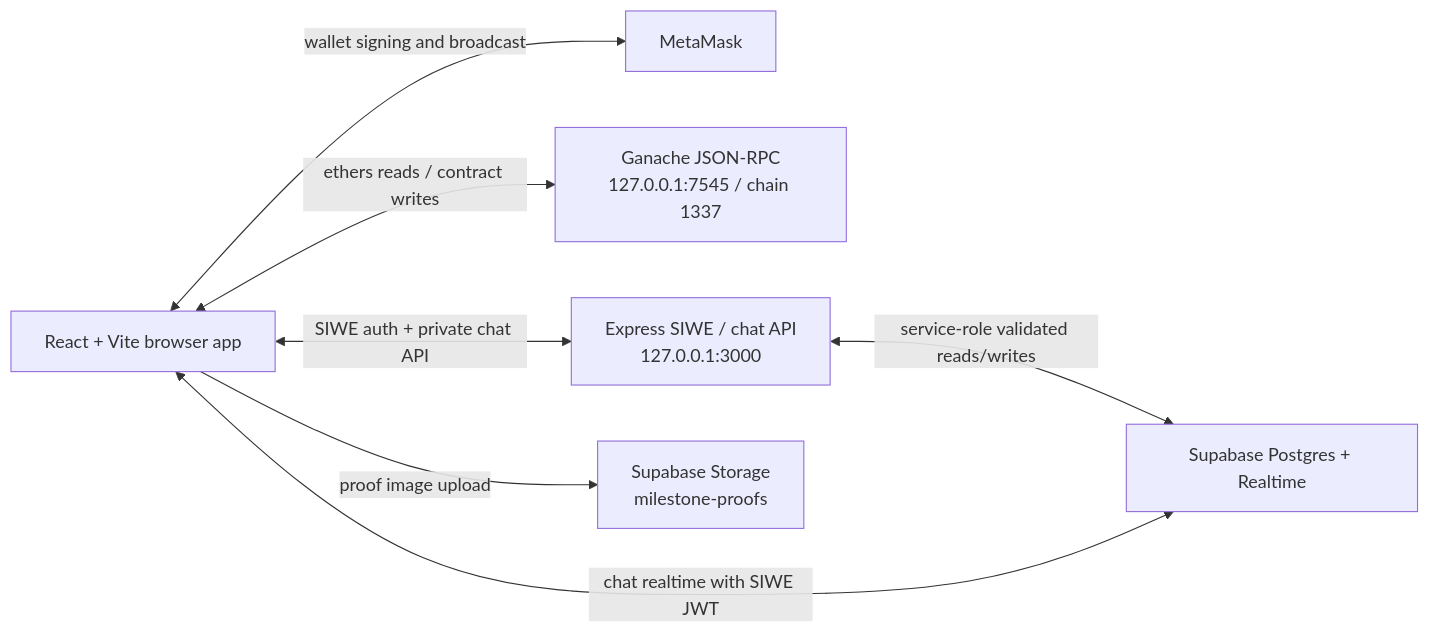
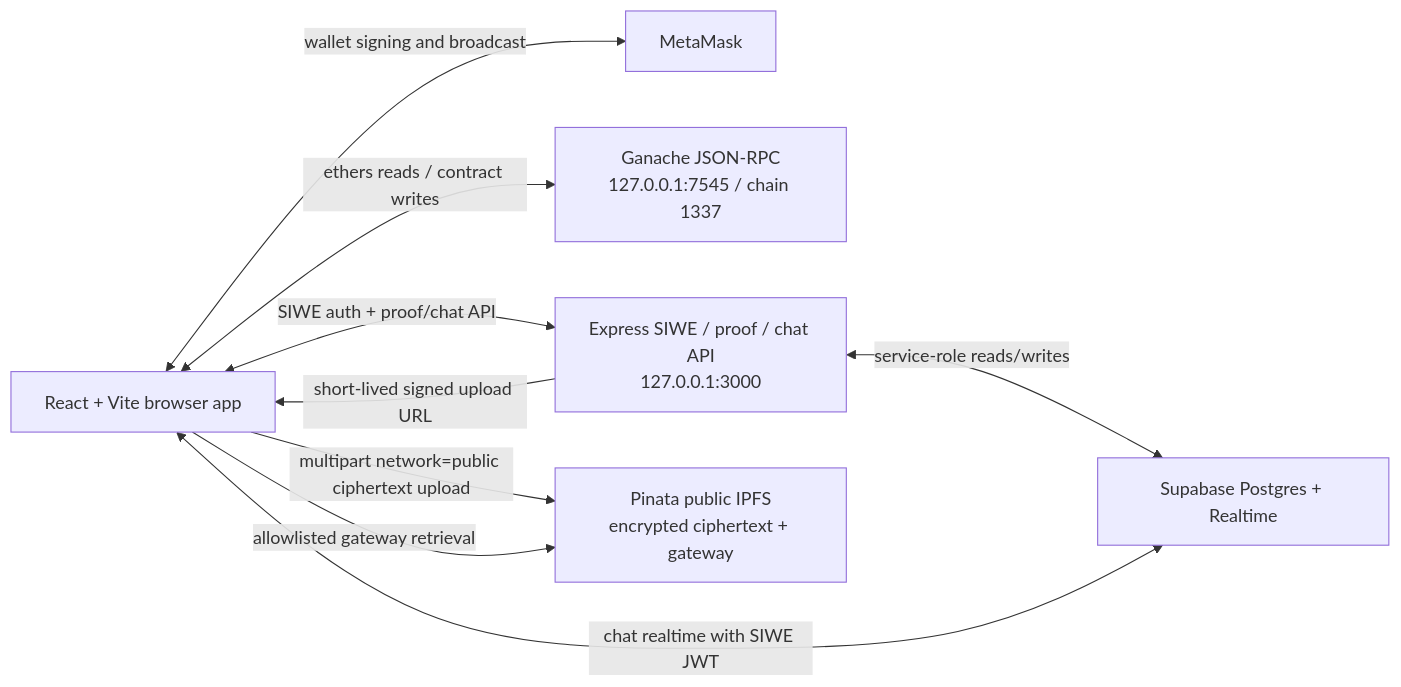
Before and after one commit to Cstan0824/CargoChain: the first of 4 diagrams in docs/Architecture.md, drawn with Mermaid. The commit also changed other lines of this file and 53 other files, not shown here.

Commit message:
feat: IPFS implementation for photo-proof on Pinata platform

````diff
--- a/docs/Architecture.md
+++ b/docs/Architecture.md
@@ -7,16 +7,18 @@
 ```mermaid
 flowchart LR
   Browser[React + Vite browser app]
   MetaMask[MetaMask]
   Ganache[Ganache JSON-RPC<br/>127.0.0.1:7545 / chain 1337]
-  API[Express SIWE / chat API<br/>127.0.0.1:3000]
+  API[Express SIWE / proof / chat API<br/>127.0.0.1:3000]
   DB[Supabase Postgres + Realtime]
-  Storage[Supabase Storage<br/>milestone-proofs]
+  IPFS[Pinata public IPFS<br/>encrypted ciphertext + gateway]
 
   Browser <-->|wallet signing and broadcast| MetaMask
   Browser <-->|ethers reads / contract writes| Ganache
-  Browser <-->|SIWE auth + private chat API| API
-  API <-->|service-role validated reads/writes| DB
+  Browser <-->|SIWE auth + proof/chat API| API
+  API <-->|service-role reads/writes| DB
   Browser <-->|chat realtime with SIWE JWT| DB
-  Browser -->|proof image upload| Storage
+  API -->|short-lived signed upload URL| Browser
+  Browser -->|multipart network=public ciphertext upload| IPFS
+  Browser -->|allowlisted gateway retrieval| IPFS
 ```
````
